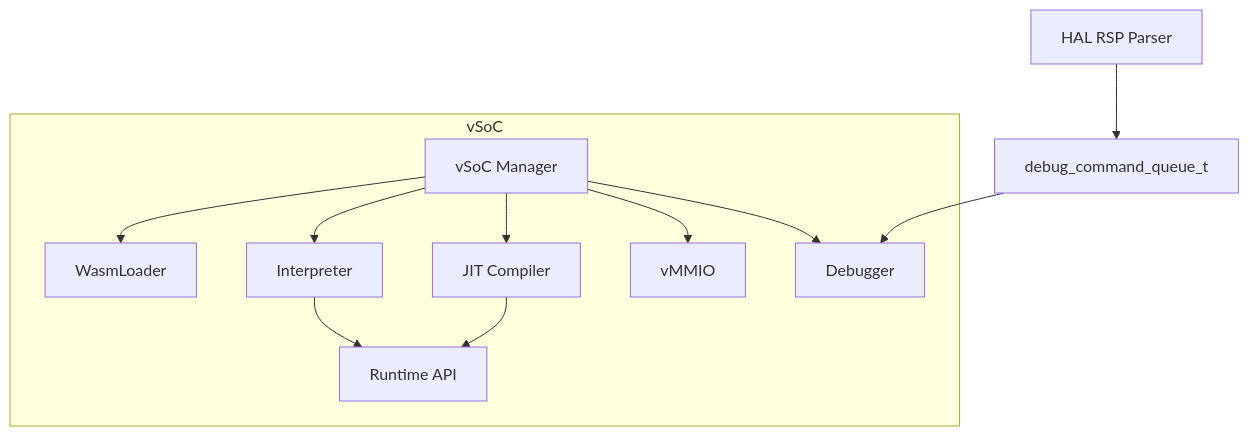
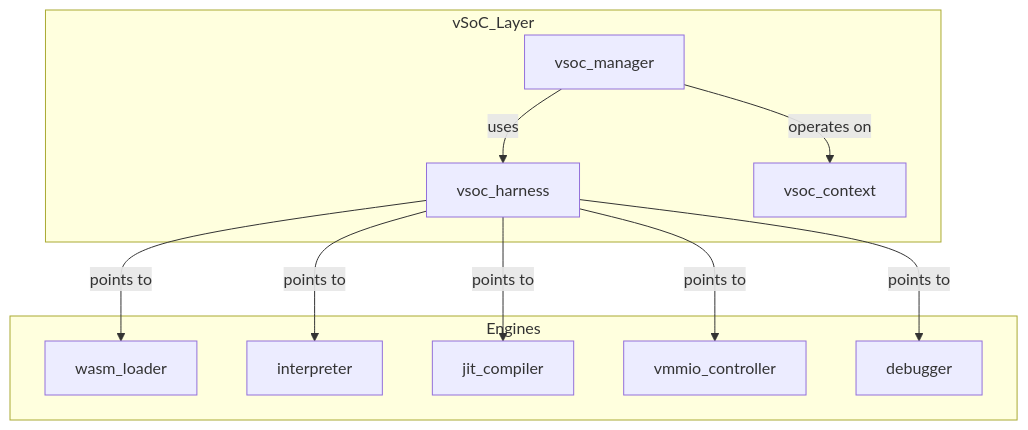
The first of 4 diagrams in docs/orders/components/vsoc.md (kmt-t/fireball), drawn with Mermaid before and after one commit. The commit also changed other lines of this file and 22 other files, not shown here.

````diff
--- a/docs/orders/components/vsoc.md
+++ b/docs/orders/components/vsoc.md
@@ -14,22 +17,24 @@
 ```mermaid
 graph TD
-    subgraph vSoC
-        Manager[vSoC Manager]
-        Loader[WasmLoader]
-        Interp[Interpreter]
-        JIT[JIT Compiler]
-        vMMIO[vMMIO]
-        Debug[Debugger]
-        API[Runtime API]
+    subgraph vSoC_Layer
+        Harness[vsoc_harness]
+        Manager[vsoc_manager]
+        Context[vsoc_context]
     end
 
-    HAL[HAL RSP Parser] --> Queue[debug_command_queue_t]
-    Queue --> Debug
-    Manager --> Loader
-    Manager --> Interp
-    Manager --> JIT
-    Manager --> vMMIO
-    Manager --> Debug
-    Interp --> API
-    JIT --> API
+    subgraph Engines
+        Loader[wasm_loader]
+        Interp[interpreter]
+        JIT[jit_compiler]
+        vMMIO[vmmio_controller]
+        Debug[debugger]
+    end
+
+    Manager -- uses --> Harness
+    Harness -- points to --> Loader
+    Harness -- points to --> Interp
+    Harness -- points to --> JIT
+    Harness -- points to --> vMMIO
+    Harness -- points to --> Debug
+    Manager -- operates on --> Context
 ```
````
